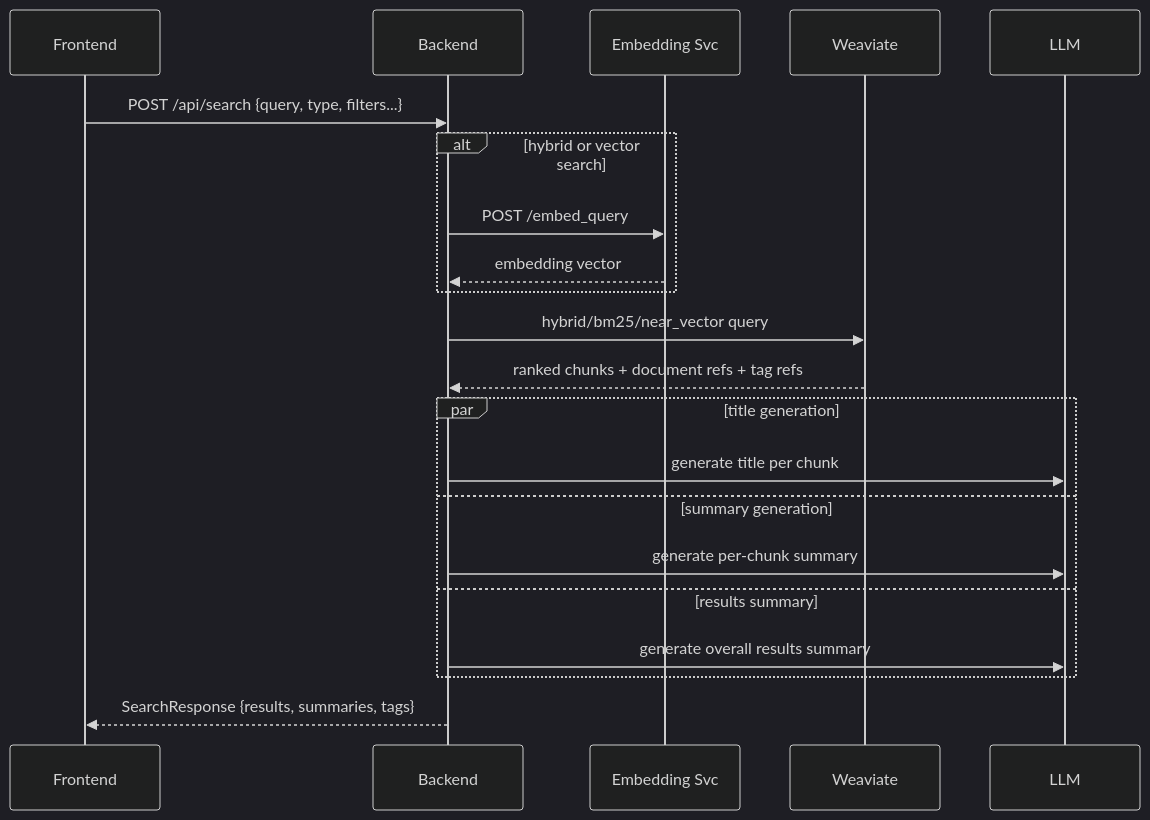
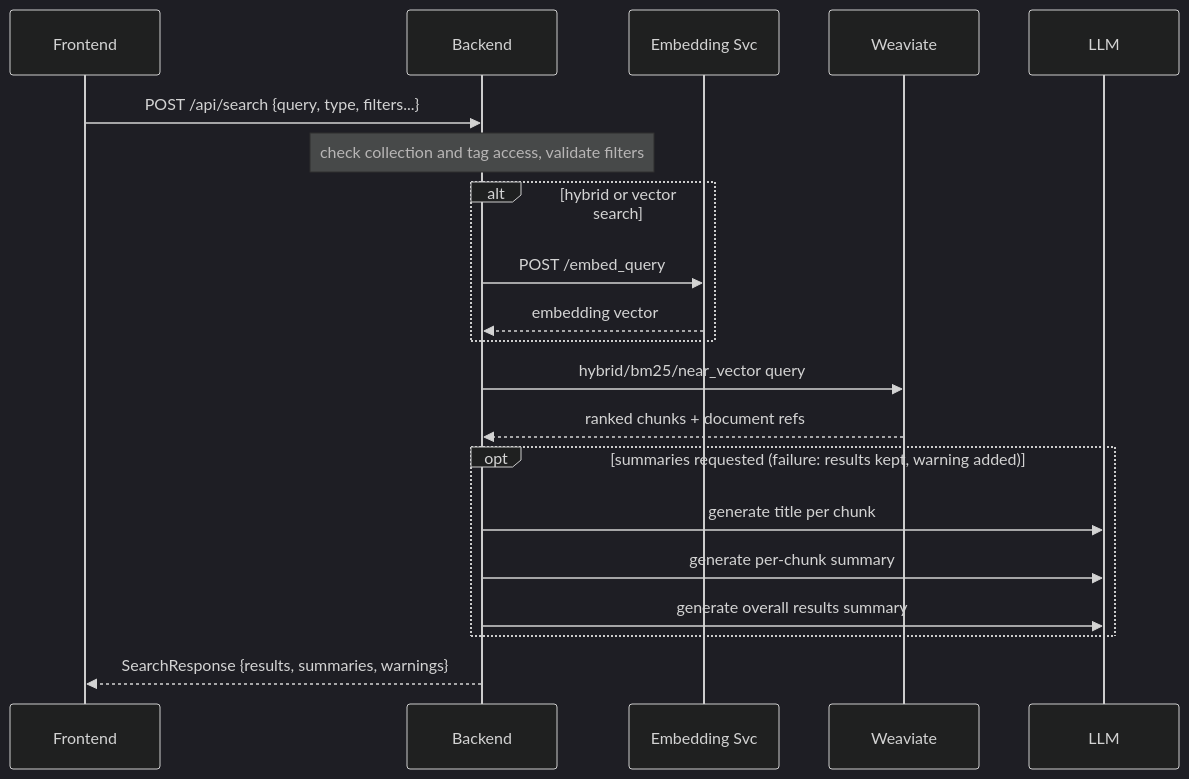
Before and after one commit to DCGM/semant-demo: the third of 6 diagrams in docs/ARCHITECTURE.md, drawn with Mermaid (dark theme). The commit also changed other lines of this file and 39 other files, not shown here.

````diff
--- a/docs/ARCHITECTURE.md
+++ b/docs/ARCHITECTURE.md
@@ -199,24 +204,23 @@
 ```mermaid
 sequenceDiagram
     participant FE as Frontend
     participant BE as Backend
     participant EMB as Embedding Svc
     participant WV as Weaviate
     participant LLM as LLM
 
     FE->>BE: POST /api/search {query, type, filters...}
+    Note over BE: check collection and tag access, validate filters
     alt hybrid or vector search
         BE->>EMB: POST /embed_query
         EMB-->>BE: embedding vector
     end
     BE->>WV: hybrid/bm25/near_vector query
-    WV-->>BE: ranked chunks + document refs + tag refs
-    par title generation
+    WV-->>BE: ranked chunks + document refs
+    opt summaries requested (failure: results kept, warning added)
         BE->>LLM: generate title per chunk
-    and summary generation
         BE->>LLM: generate per-chunk summary
-    and results summary
         BE->>LLM: generate overall results summary
     end
-    BE-->>FE: SearchResponse {results, summaries, tags}
+    BE-->>FE: SearchResponse {results, summaries, warnings}
 ```
````
